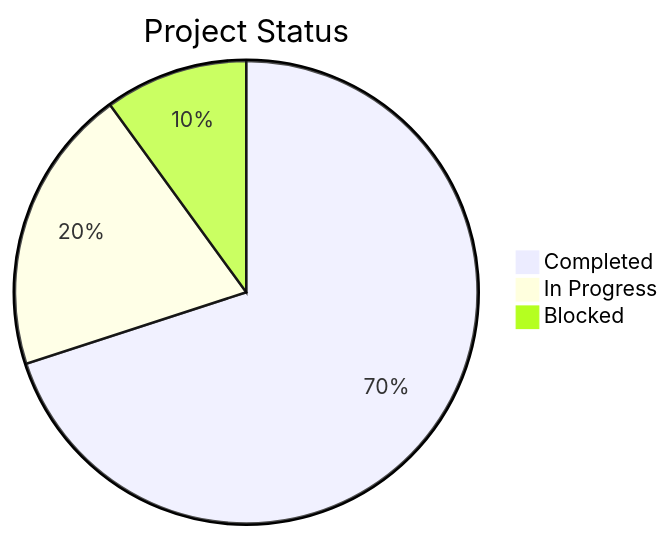
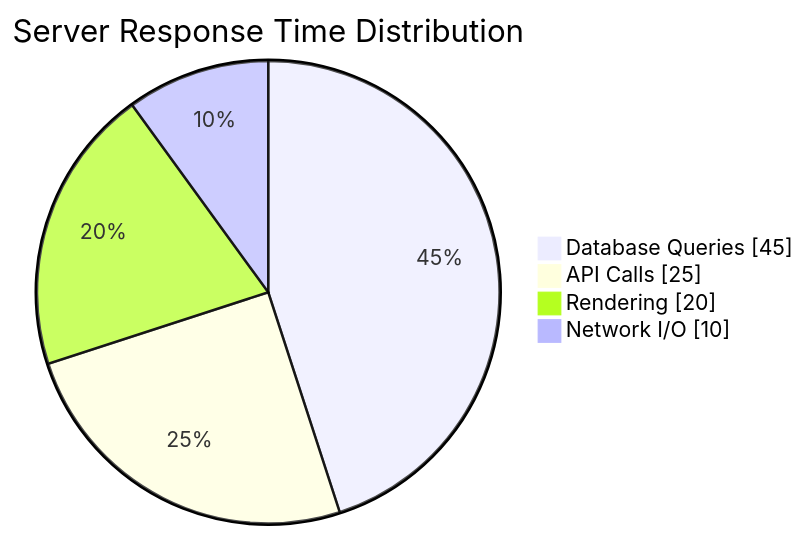
The sixth of 7 diagrams in 01-markdown/diagrams.md (developerstephanieb/ref-markup-config), drawn with Mermaid before and after one commit. The commit also changed other lines of this file, not shown here.

Commit message:
docs: add class & er diagrams

````diff
--- a/01-markdown/diagrams.md
+++ b/01-markdown/diagrams.md
@@ -151,6 +330,8 @@
 ```mermaid
-pie title Project Status
-    "Completed" : 70
-    "In Progress" : 20
-    "Blocked" : 10
+pie showData
+    title Server Response Time Distribution
+    "Database Queries" : 45
+    "API Calls" : 25
+    "Rendering" : 20
+    "Network I/O" : 10
 ```
````
